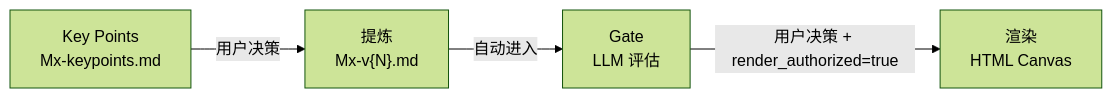
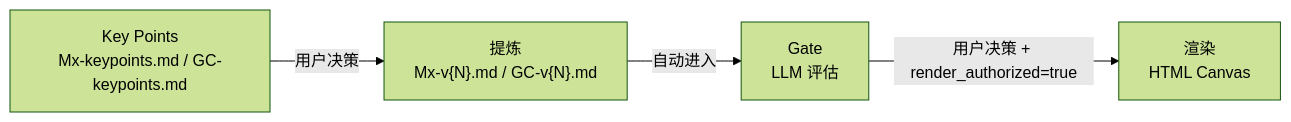
Before and after one commit to wanghongbj321-code/pratyaya: the diagram in README.md, drawn with Mermaid (forest theme). The commit also changed other lines of this file and 10 other files, not shown here.

````diff
--- a/README.md
+++ b/README.md
@@ -11,10 +19,10 @@
 ```mermaid
 flowchart LR
-    A["Key Points<br/>Mx-keypoints.md"]
-    B["提炼<br/>Mx-v{N}.md"]
+    A["Key Points<br/>Mx-keypoints.md / GC-keypoints.md"]
+    B["提炼<br/>Mx-v{N}.md / GC-v{N}.md"]
     C["Gate<br/>LLM 评估"]
     D["渲染<br/>HTML Canvas"]
     A -->|用户决策| B
     B -->|自动进入| C
     C -->|用户决策 + render_authorized=true| D
 ```
````
